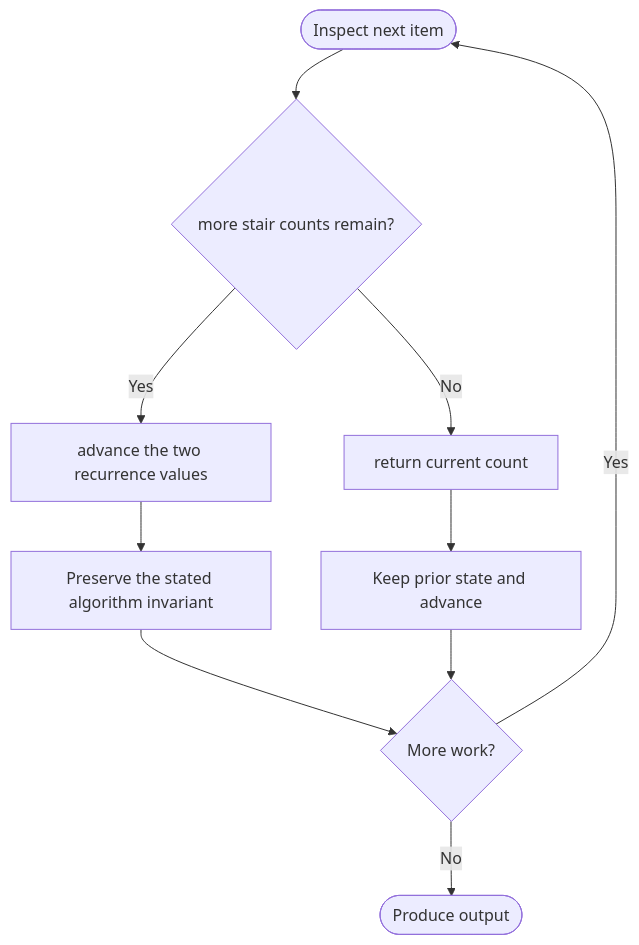
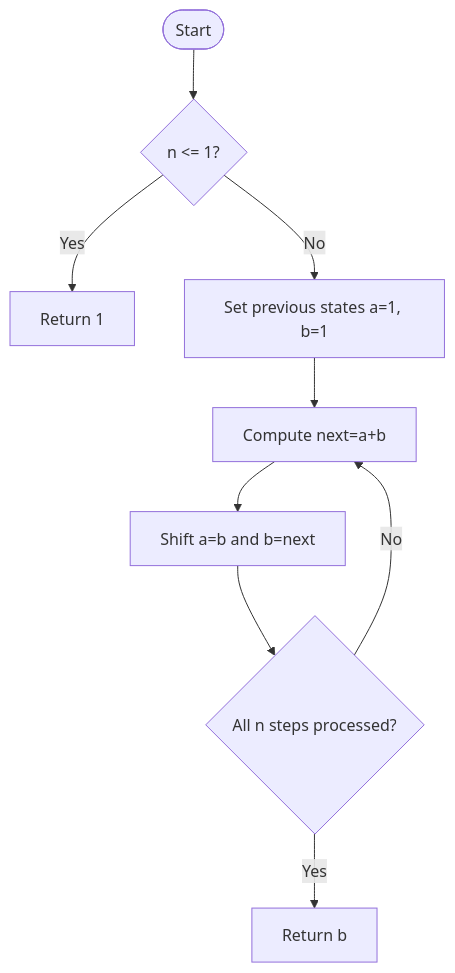
One commit to SAIDEEPBHANGE/C-CPP-Codes changed the diagram in LeetCode/70/README.md. Above: the diagram before and after it, drawn with Mermaid. The commit also changed other lines of this file and 196 other files, not shown here.

````diff
--- a/LeetCode/70/README.md
+++ b/LeetCode/70/README.md
@@ -28,12 +30,11 @@
 ```mermaid
 flowchart TD
-    A([Inspect next item]) --> B{more stair counts remain?}
-    B -- Yes --> C[advance the two recurrence values]
-    B -- No --> D[return current count]
-    C --> E[Preserve the stated algorithm invariant]
-    D --> F[Keep prior state and advance]
-    E --> G{More work?}
-    F --> G
-    G -- Yes --> A
-    G -- No --> H([Produce output])
+ A([Start]) --> B{n <= 1?}
+ B -- Yes --> C[Return 1]
+ B -- No --> D[Set previous states a=1, b=1]
+ D --> E[Compute next=a+b]
+ E --> F[Shift a=b and b=next]
+ F --> G{All n steps processed?}
+ G -- No --> E
+ G -- Yes --> H[Return b]
 ```
````
